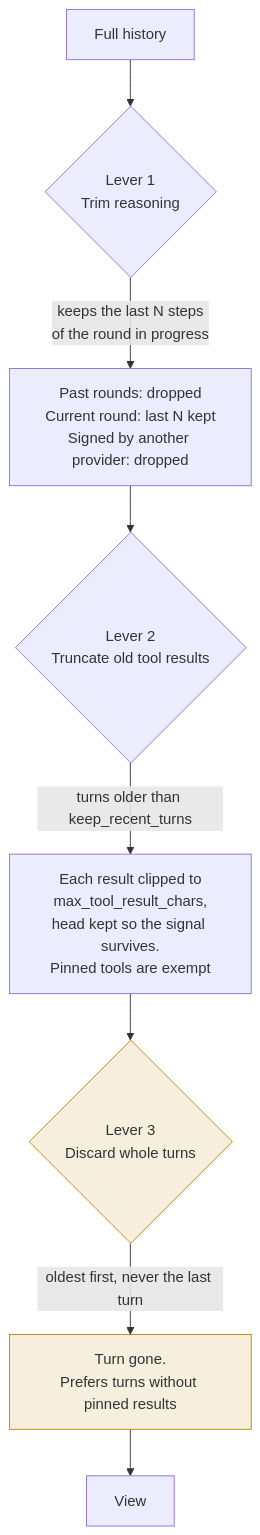
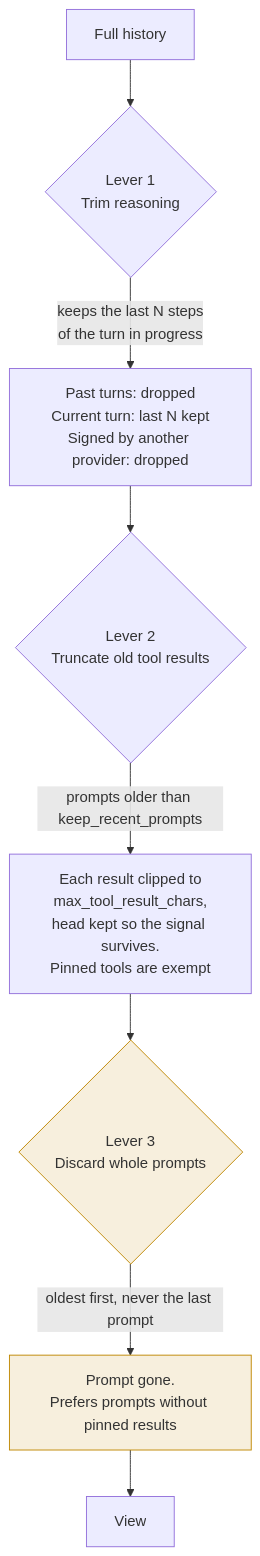
The fourth of 16 diagrams in docs/context.md (GabrielMartinMoran/sigil), drawn with Mermaid before and after one commit. The commit also changed other lines of this file and 59 other files, not shown here.

````diff
--- a/docs/context.md
+++ b/docs/context.md
@@ -145,17 +150,17 @@
 ```mermaid
 flowchart TD
     IN["Full history"] --> L1
 
     L1{"Lever 1<br/>Trim reasoning"}
-    L1 -->|"keeps the last N steps<br/>of the round in progress"| A1["Past rounds: dropped<br/>Current round: last N kept<br/>Signed by another provider: dropped"]
+    L1 -->|"keeps the last N steps<br/>of the turn in progress"| A1["Past turns: dropped<br/>Current turn: last N kept<br/>Signed by another provider: dropped"]
 
     A1 --> L2{"Lever 2<br/>Truncate old tool results"}
-    L2 -->|"turns older than keep_recent_turns"| A2["Each result clipped to<br/>max_tool_result_chars,<br/>head kept so the signal survives.<br/>Pinned tools are exempt"]
-    A2 --> L3{"Lever 3<br/>Discard whole turns"}
-    L3 -->|"oldest first, never the last turn"| A3["Turn gone.<br/>Prefers turns without pinned results"]
+    L2 -->|"prompts older than keep_recent_prompts"| A2["Each result clipped to<br/>max_tool_result_chars,<br/>head kept so the signal survives.<br/>Pinned tools are exempt"]
+    A2 --> L3{"Lever 3<br/>Discard whole prompts"}
+    L3 -->|"oldest first, never the last prompt"| A3["Prompt gone.<br/>Prefers prompts without pinned results"]
 
     A3 --> OUT["View"]
 
     style L3 fill:#bf870022,stroke:#bf8700
     style A3 fill:#bf870022,stroke:#bf8700
 ```
````
